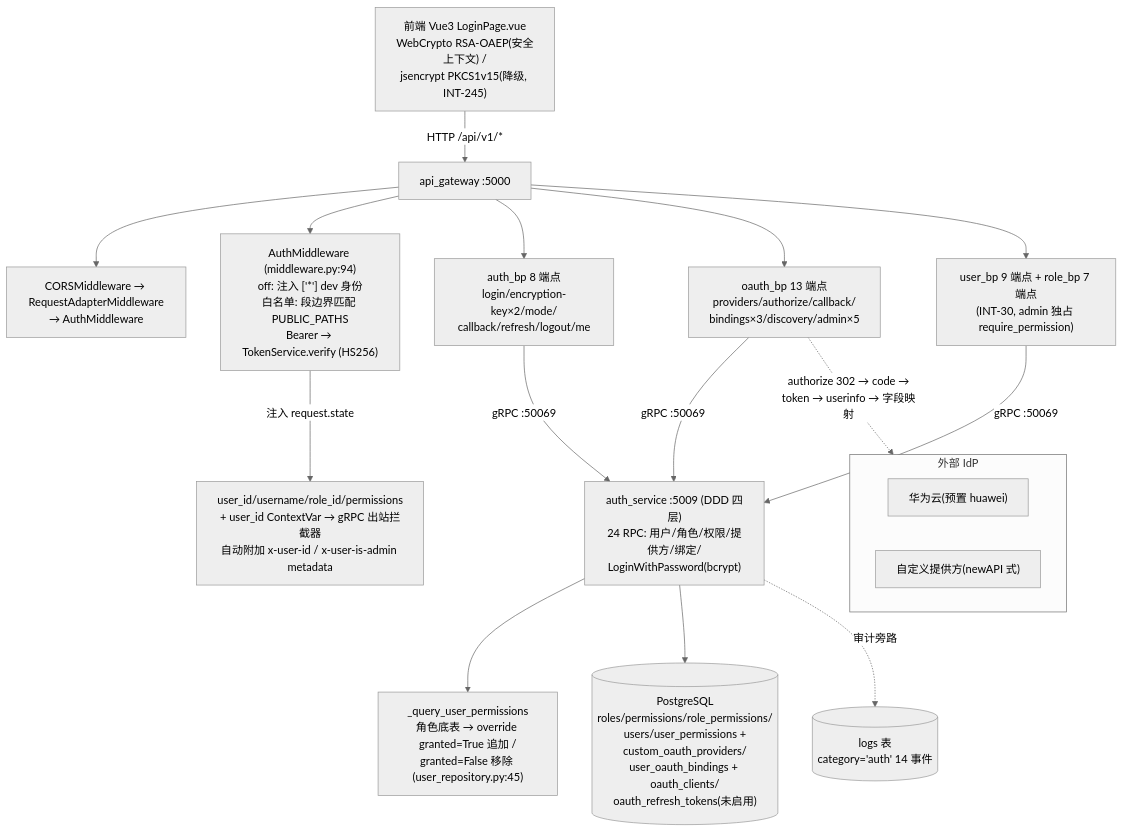
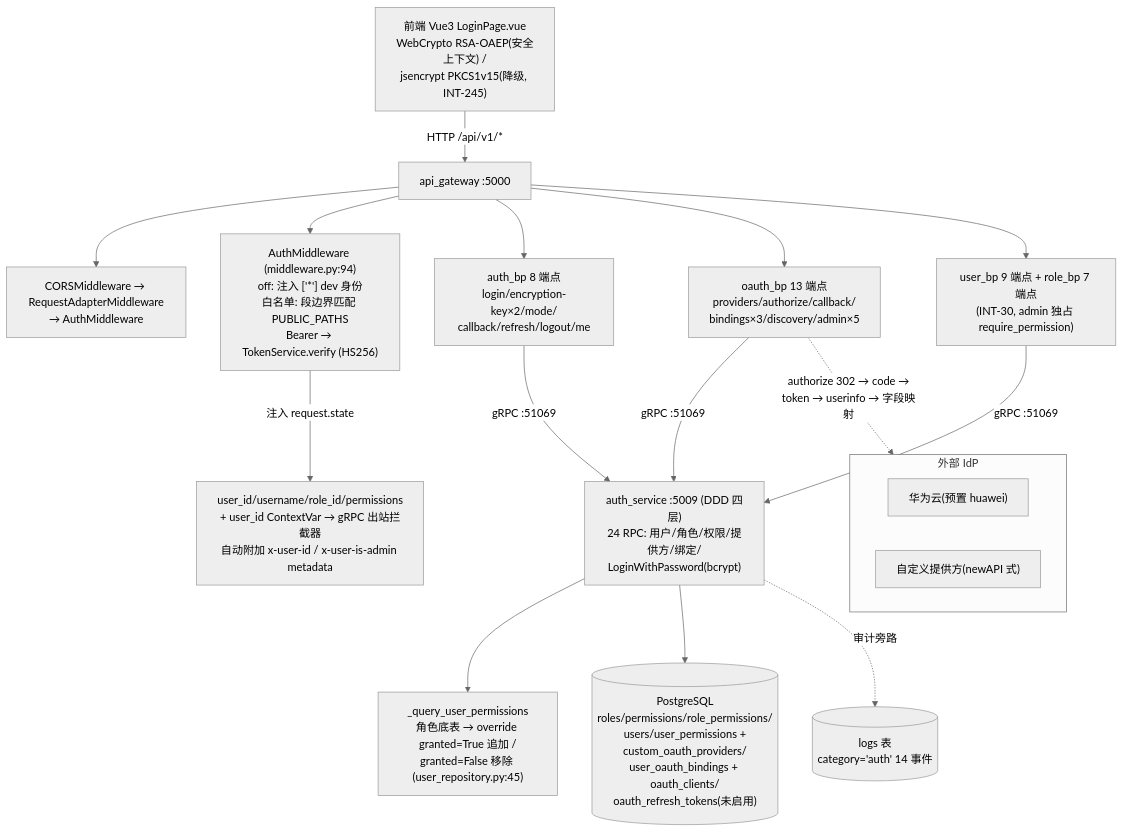
Before and after one commit to ydz-auto/intelligent_audio_test: the second of 2 diagrams in Intelligent-Audio-TEST/doc/验收/INT-269.md, drawn with Mermaid (neutral theme). The commit also changed 13 other files, not shown here.

First line of the commit message:
INT-926: auth gRPC 端口 50069→51069 迁移出 Windows Hyper-V 排除端口段（对齐 INT-758 report 先例）[INT-929 集成，冲突合入]

````diff
--- a/Intelligent-Audio-TEST/doc/验收/INT-269.md
+++ b/Intelligent-Audio-TEST/doc/验收/INT-269.md
@@ -31,19 +31,19 @@
 ```mermaid
 flowchart TB
     FE["前端 Vue3 LoginPage.vue<br/>WebCrypto RSA-OAEP(安全上下文) /<br/>jsencrypt PKCS1v15(降级, INT-245)"] -->|"HTTP /api/v1/*"| GW["api_gateway :5000"]
     GW --> CORS["CORSMiddleware → RequestAdapterMiddleware<br/>→ AuthMiddleware"]
     GW --> AM["AuthMiddleware (middleware.py:94)<br/>off: 注入 ['*'] dev 身份<br/>白名单: 段边界匹配 PUBLIC_PATHS<br/>Bearer → TokenService.verify (HS256)"]
     AM -->|"注入 request.state"| ST["user_id/username/role_id/permissions<br/>+ user_id ContextVar → gRPC 出站拦截器<br/>自动附加 x-user-id / x-user-is-admin metadata"]
     GW --> AB["auth_bp 8 端点<br/>login/encryption-key×2/mode/<br/>callback/refresh/logout/me"]
     GW --> OB["oauth_bp 13 端点<br/>providers/authorize/callback/<br/>bindings×3/discovery/admin×5"]
     GW --> UB["user_bp 9 端点 + role_bp 7 端点<br/>(INT-30, admin 独占 require_permission)"]
-    AB & OB & UB -->|"gRPC :50069"| AS["auth_service :5009 (DDD 四层)<br/>24 RPC: 用户/角色/权限/提供方/绑定/<br/>LoginWithPassword(bcrypt)"]
+    AB & OB & UB -->|"gRPC :51069"| AS["auth_service :5009 (DDD 四层)<br/>24 RPC: 用户/角色/权限/提供方/绑定/<br/>LoginWithPassword(bcrypt)"]
     AS --> PERM["_query_user_permissions<br/>角色底表 → override granted=True 追加 /<br/>granted=False 移除 (user_repository.py:45)"]
     AS --> PG[("PostgreSQL<br/>roles/permissions/role_permissions/<br/>users/user_permissions +<br/>custom_oauth_providers/<br/>user_oauth_bindings + oauth_clients/<br/>oauth_refresh_tokens(未启用)")]
     AS -.->|"审计旁路"| LOGS[("logs 表<br/>category='auth' 14 事件")]
     subgraph IDP["外部 IdP"]
       HUAWEI["华为云(预置 huawei)"]
       CUSTOM["自定义提供方(newAPI 式)"]
     end
     OB -.->|"authorize 302 → code →<br/>token → userinfo → 字段映射"| IDP
 ```
````
